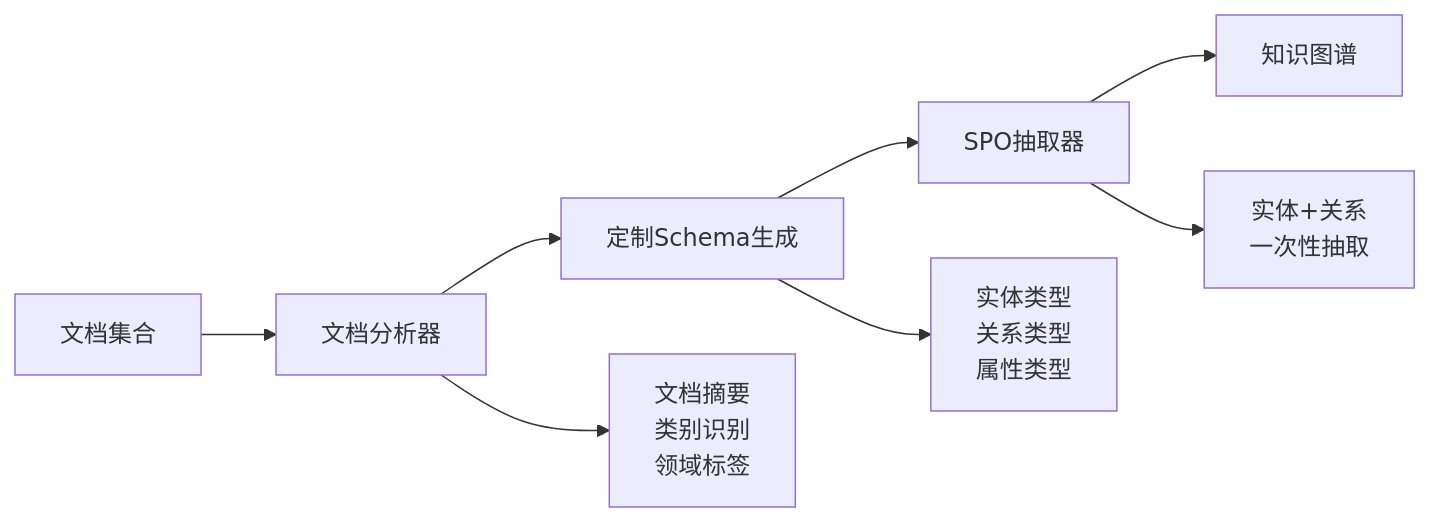
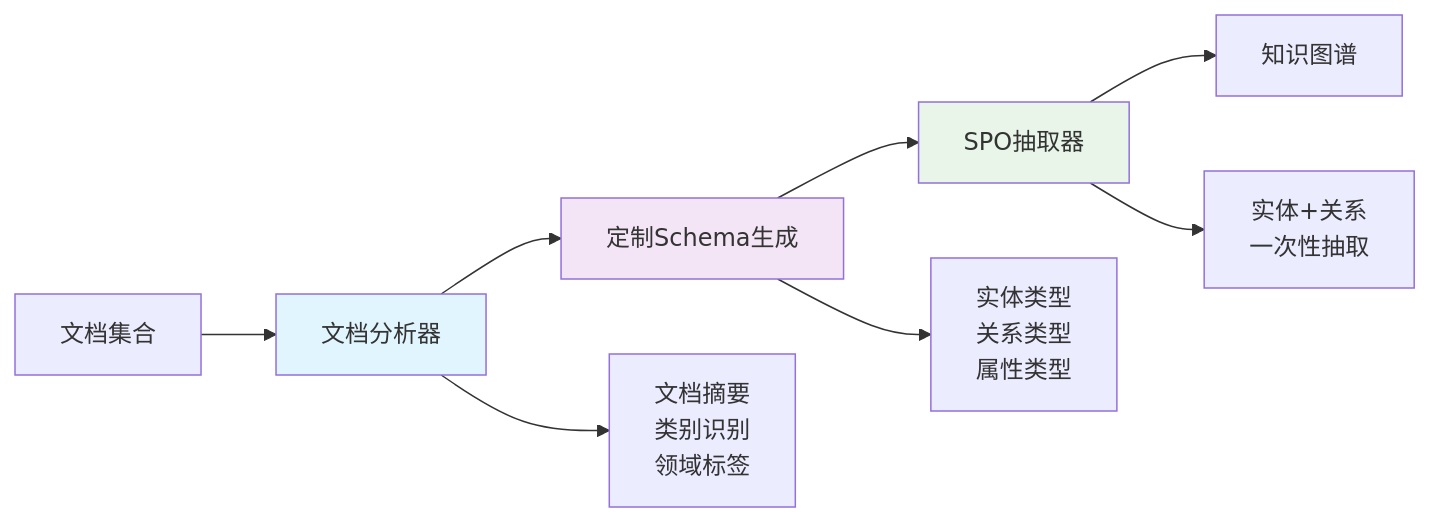
One commit to DemonDamon/AgenticX-GraphRAG changed the second of 12 diagrams in README.md. Above: the diagram before and after it, drawn with Mermaid. The commit also changed other lines of this file, not shown here.

````diff
--- a/README.md
+++ b/README.md
@@ -41,11 +73,15 @@
 ```mermaid
 graph LR
     A[文档集合] --> B[文档分析器]
     B --> C[定制Schema生成]
     C --> D[SPO抽取器]
     D --> E[知识图谱]
     
     B --> F[文档摘要<br/>类别识别<br/>领域标签]
     C --> G[实体类型<br/>关系类型<br/>属性类型]
     D --> H[实体+关系<br/>一次性抽取]
+    
+    style B fill:#e1f5fe
+    style C fill:#f3e5f5
+    style D fill:#e8f5e8
 ```
````
